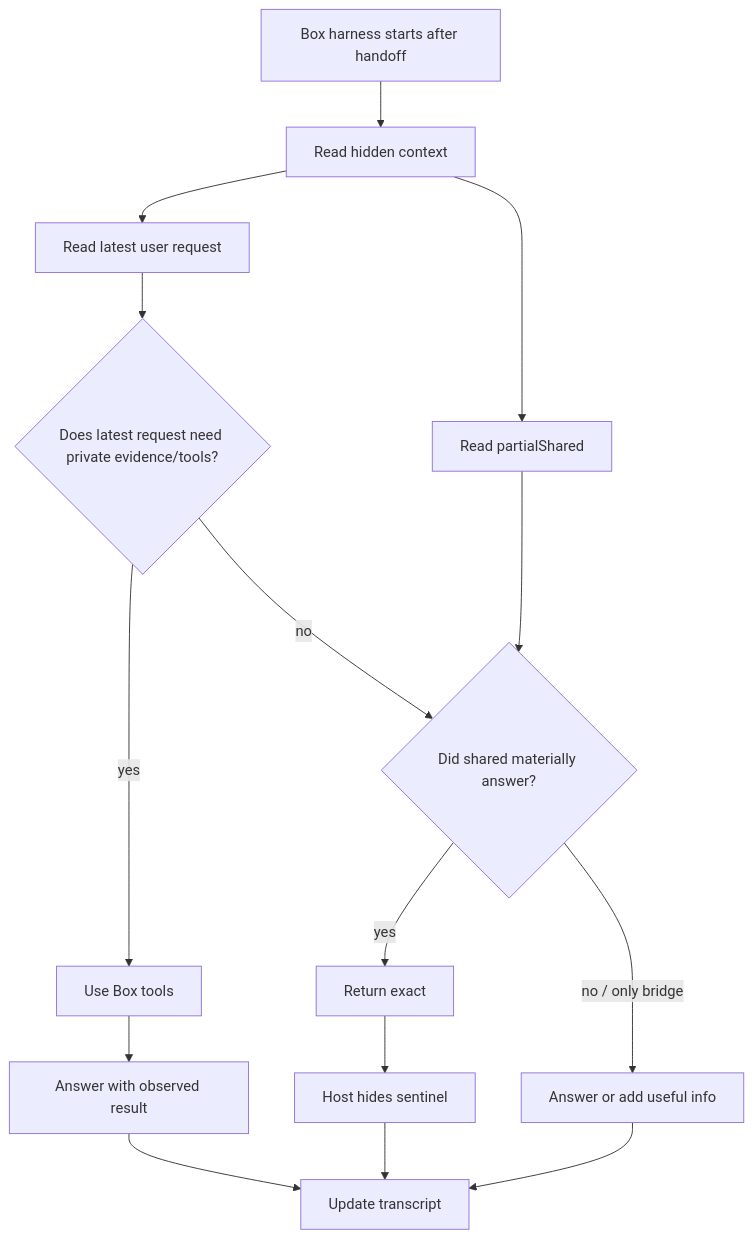
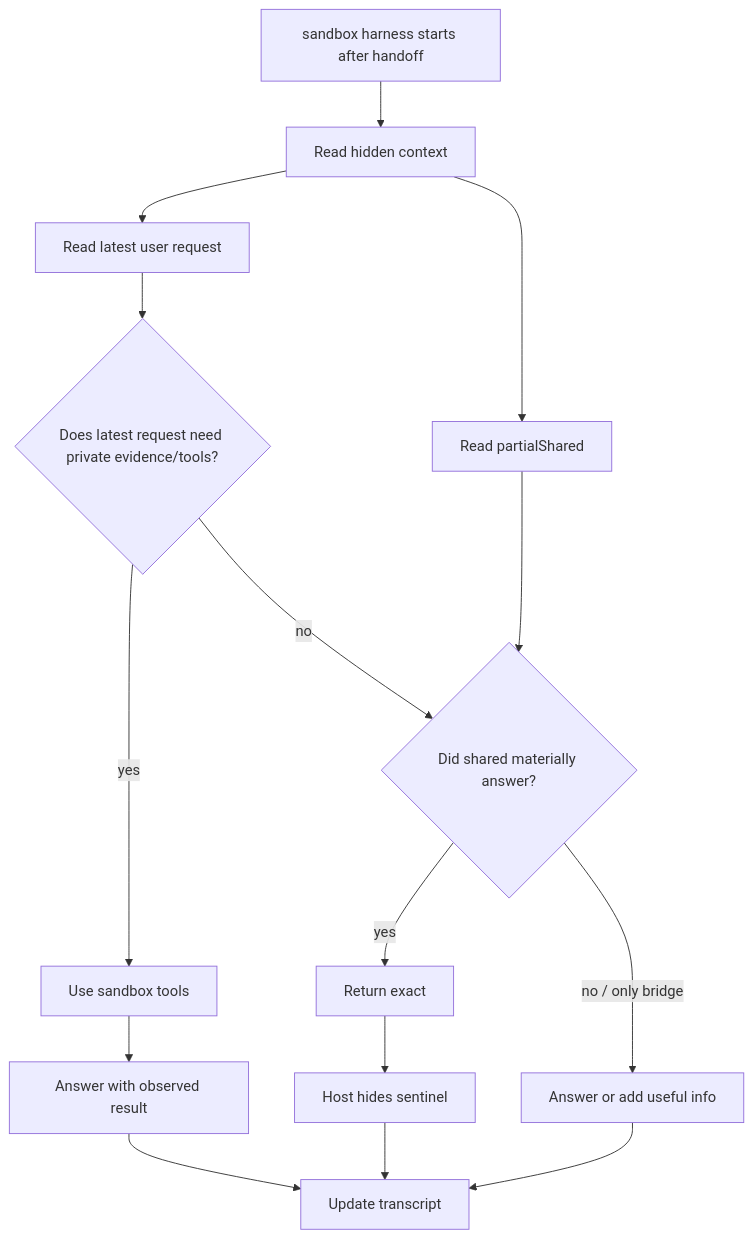
The first of 15 diagrams in docs/optibox-handoff-technical-report.md (ariana-dot-dev/optibox), drawn with Mermaid before and after one commit. The commit also changed other lines of this file and 26 other files, not shown here.

First line of the commit message:
rename Box to Boat: the product is Boat, the machine is a sandbox

````diff
--- a/docs/optibox-handoff-technical-report.md
+++ b/docs/optibox-handoff-technical-report.md
@@ -64,17 +64,17 @@
 ```mermaid
 flowchart TD
-    A[Box harness starts after handoff] --> B[Read hidden context]
+    A[sandbox harness starts after handoff] --> B[Read hidden context]
     B --> C[Read latest user request]
     B --> D[Read partialShared]
     C --> E{Does latest request need private evidence/tools?}
     D --> F{Did shared materially answer?}
-    E -- yes --> G[Use Box tools]
+    E -- yes --> G[Use sandbox tools]
     G --> H[Answer with observed result]
     E -- no --> F
     F -- yes --> I[Return exact <end>]
     F -- no / only bridge --> J[Answer or add useful info]
     H --> K[Update transcript]
     I --> L[Host hides sentinel]
     L --> K
     J --> K
 ```
````
